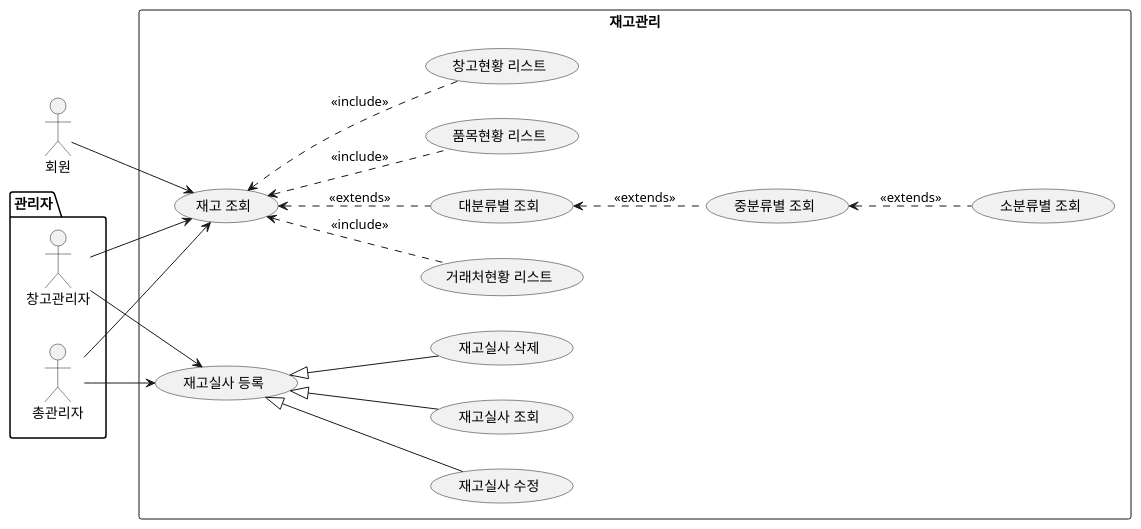
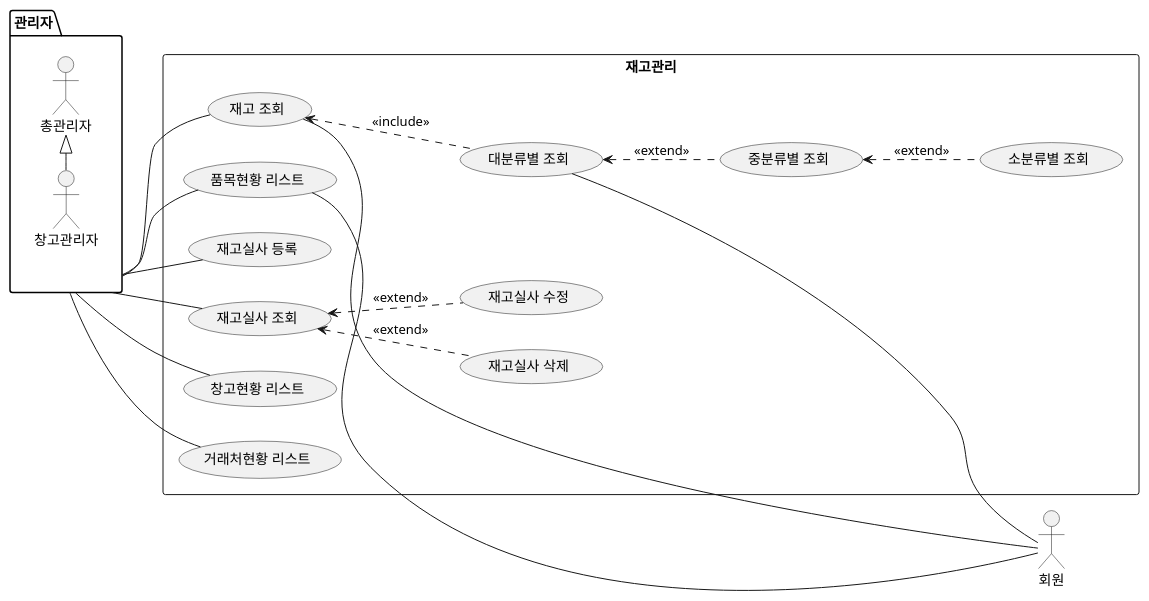
The diagram in src/first_team_project/use_case/Stock_management.puml (shin-heewon/java-advance), drawn with PlantUML before and after one commit. The commit also changed other lines of this file and 2 other files, not shown here.

Commit message:
- 재고관리, 고객센터 plantUML 완료

```diff
--- a/src/first_team_project/use_case/Stock_management.puml
+++ b/src/first_team_project/use_case/Stock_management.puml
@@ -1,44 +1,40 @@
 @startuml
 
 left to right direction
+
 package "관리자"{
 actor "창고관리자" as wh_manager
 actor "총관리자" as admin
 }
 actor "회원" as user
 
 
 rectangle "재고관리"{
 
-admin-->(재고실사 등록)
-wh_manager-->(재고실사 등록)
-
-'admin-->(재고실사 수정)
-'wh_manager-->(재고실사 수정)
-'
-'admin-->(재고실사 삭제)
-'wh_manager-->(재고실사 삭제)
-'
-'admin-->(재고실사 조회)
-'wh_manager-->(재고실사 조회)
-
-(재고실사 등록)<|--(재고실사 삭제)
-(재고실사 등록)<|--(재고실사 수정)
-(재고실사 등록)<|--(재고실사 조회)
-
-admin-->(재고 조회)
-wh_manager-->(재고 조회)
-user-->(재고 조회)
+wh_manager-right-|>admin
+관리자--(재고실사 등록)
 
 
-(재고 조회)<..(대분류별 조회):<<extends>>
-(대분류별 조회)<..(중분류별 조회):<<extends>>
-(중분류별 조회)<..(소분류별 조회):<<extends>>
+(재고실사 조회)<..(재고실사 삭제):<<extend>>
+(재고실사 조회)<..(재고실사 수정):<<extend>>
+관리자--(재고실사 조회)
+관리자--(재고 조회)
 
-(재고 조회)<..(품목현황 리스트):<<include>>
-(재고 조회)<..(창고현황 리스트):<<include>>
-(재고 조회)<..(거래처현황 리스트):<<include>>
+(재고 조회)<..(대분류별 조회):<<include>>
+
+
+user-up-(재고 조회)
+user-up-(품목현황 리스트)
+
+
+user-up--(대분류별 조회)
+(대분류별 조회)<..(중분류별 조회):<<extend>>
+(중분류별 조회)<..(소분류별 조회):<<extend>>
+
+관리자--(품목현황 리스트)
+관리자--(창고현황 리스트)
+관리자--(거래처현황 리스트)
 
 
 }
 @enduml
```
